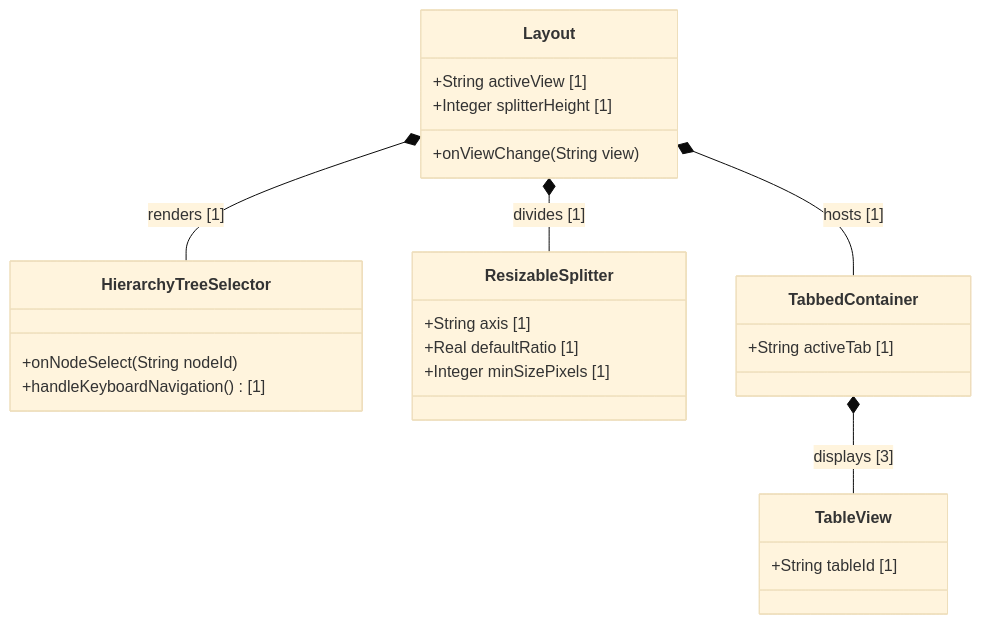
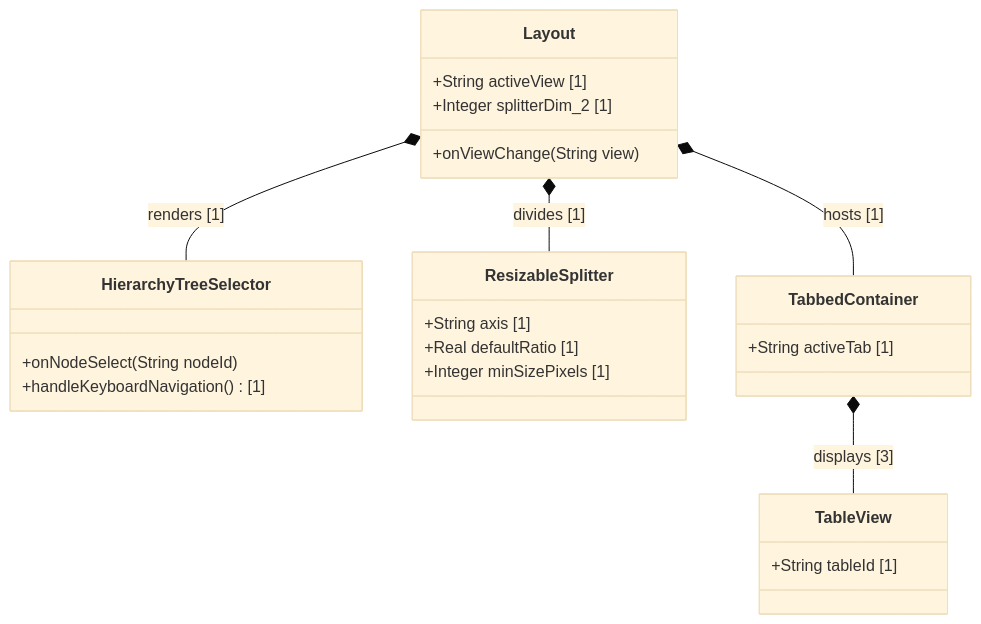
Before and after one commit to gintatkinson/digital-pipeline-repo: the diagram in docs/features/feat-10-logical-ui-layout.md, drawn with Mermaid (base theme). The commit also changed other lines of this file and 36 other files, not shown here.

````diff
--- a/docs/features/feat-10-logical-ui-layout.md
+++ b/docs/features/feat-10-logical-ui-layout.md
@@ -13,28 +13,28 @@
 ```mermaid
 classDiagram
     class Layout {
         +String activeView [1]
-        +Integer splitterHeight [1]
+        +Integer splitterDim_2 [1]
         +onViewChange(String view)
     }
     class HierarchyTreeSelector {
         +onNodeSelect(String nodeId)
         +handleKeyboardNavigation() [1]
     }
     class ResizableSplitter {
         +String axis [1]
         +Real defaultRatio [1]
         +Integer minSizePixels [1]
     }
     class TabbedContainer {
         +String activeTab [1]
     }
     class TableView {
         +String tableId [1]
     }
 
     Layout *-- HierarchyTreeSelector : renders [1]
     Layout *-- ResizableSplitter : divides [1]
     Layout *-- TabbedContainer : hosts [1]
     TabbedContainer *-- TableView : displays [3]
 ```
````
